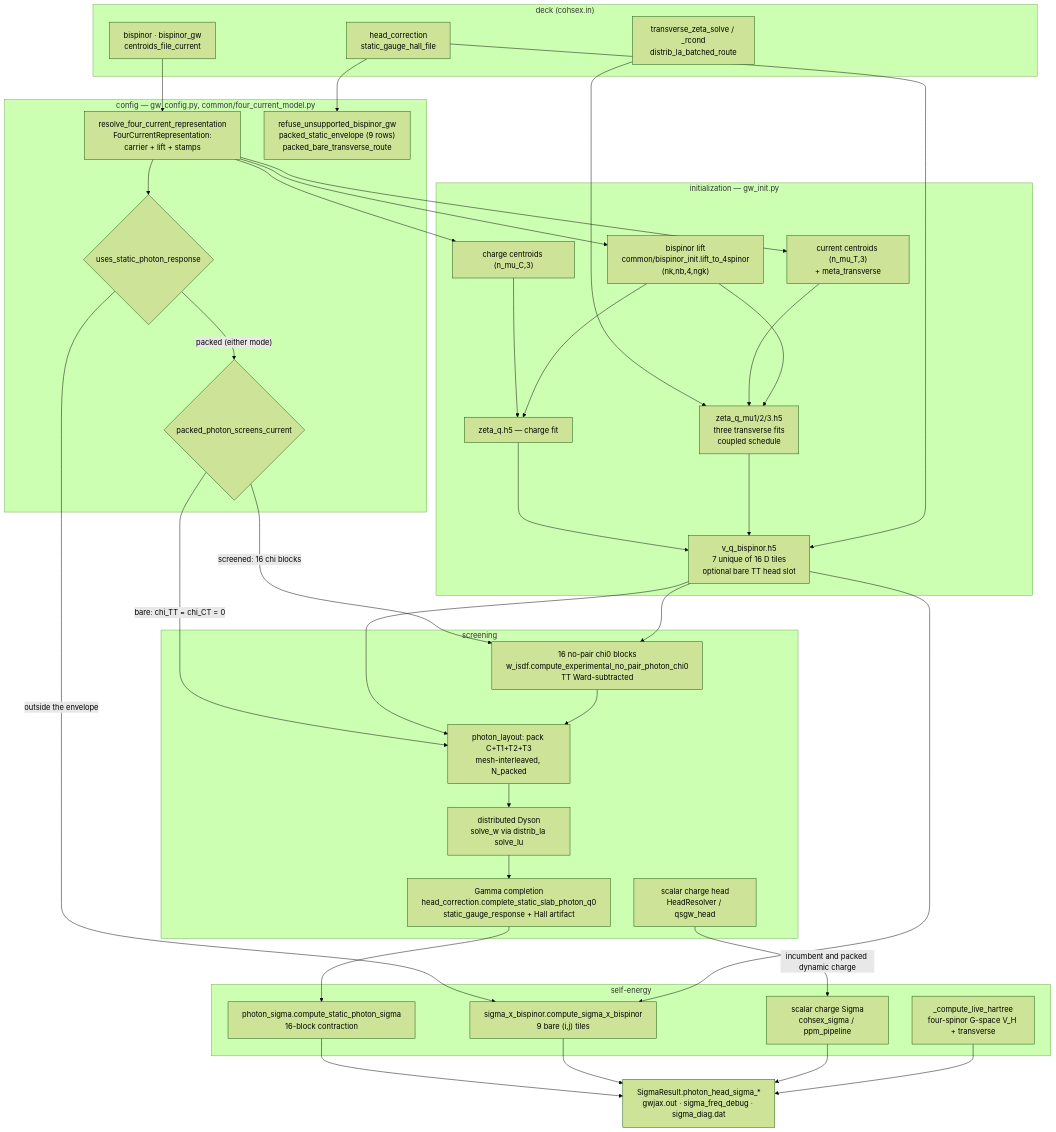
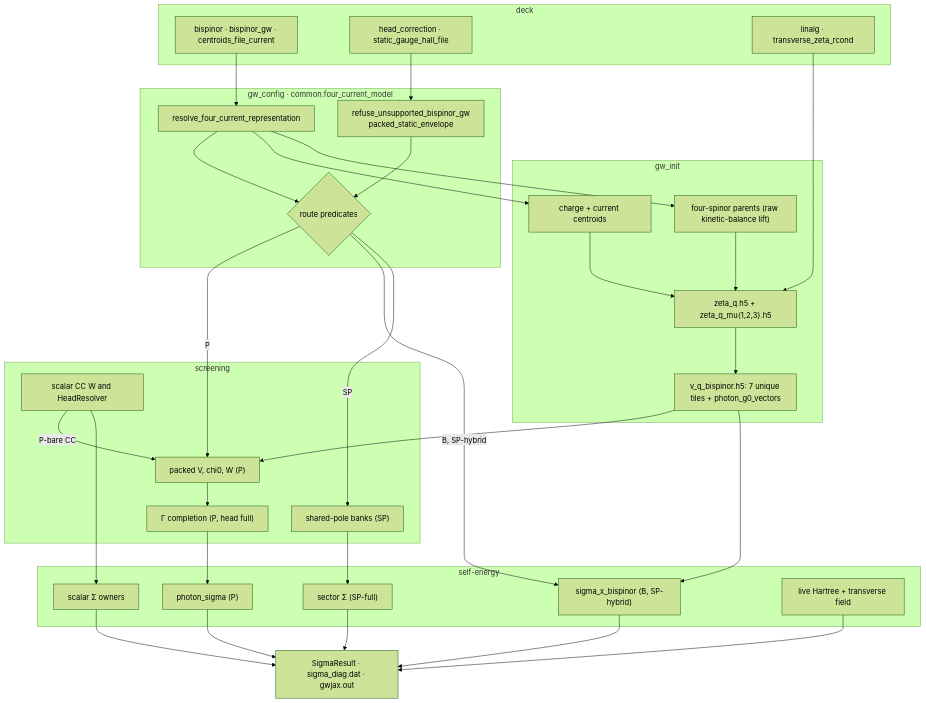
The diagram in docs/architecture/four_current_wiring.md (jackmcarthur/lorrax), drawn with Mermaid (forest theme) before and after one commit. The commit also changed other lines of this file, not shown here.

Commit message:
docs(four_current_wiring): five routes verified at main, compact function contracts; drop line locators, relocated docstring and comment dumps, history

````diff
--- a/docs/architecture/four_current_wiring.md
+++ b/docs/architecture/four_current_wiring.md
@@ -146,72 +78,54 @@
 ```mermaid
 flowchart TD
-  subgraph DECK["deck (cohsex.in)"]
-    K1["bispinor · bispinor_gw<br/>centroids_file_current"]
-    K2["head_correction<br/>static_gauge_hall_file"]
-    K3["transverse_zeta_solve / _rcond<br/>distrib_la_batched_route"]
+  subgraph DECK["deck"]
+    K1["bispinor · bispinor_gw · centroids_file_current"]
+    K2["head_correction · static_gauge_hall_file"]
+    K3["linalg · transverse_zeta_rcond"]
   end
-
-  subgraph CFG["config — gw_config.py, common/four_current_model.py"]
-    R["resolve_four_current_representation<br/>FourCurrentRepresentation:<br/>carrier + lift + stamps"]
-    F{"uses_static_photon_response"}
-    S{"packed_photon_screens_current"}
-    E["refuse_unsupported_bispinor_gw<br/>packed_static_envelope (9 rows)<br/>packed_bare_transverse_route"]
+  subgraph CFG["gw_config · common.four_current_model"]
+    R["resolve_four_current_representation"]
+    E["refuse_unsupported_bispinor_gw<br/>packed_static_envelope"]
+    F{"route predicates"}
   end
-
-  subgraph INIT["initialization — gw_init.py"]
-    C1["charge centroids (n_mu_C,3)"]
-    C2["current centroids (n_mu_T,3)<br/>+ meta_transverse"]
-    L["bispinor lift<br/>common/bispinor_init.lift_to_4spinor<br/>(nk,nb,4,ngk)"]
-    Z0["zeta_q.h5 — charge fit"]
-    ZT["zeta_q_mu1/2/3.h5<br/>three transverse fits<br/>coupled schedule"]
-    VQ["v_q_bispinor.h5<br/>7 unique of 16 D tiles<br/>optional bare TT head slot"]
+  subgraph INIT["gw_init"]
+    C["charge + current centroids"]
+    L["four-spinor parents (raw kinetic-balance lift)"]
+    Z["zeta_q.h5 + zeta_q_mu{1,2,3}.h5"]
+    VQ["v_q_bispinor.h5: 7 unique tiles + photon_g0_vectors"]
   end
-
   subgraph SCR["screening"]
-    CHI["16 no-pair chi0 blocks<br/>w_isdf.compute_experimental_no_pair_photon_chi0<br/>TT Ward-subtracted"]
-    PK["photon_layout: pack C+T1+T2+T3<br/>mesh-interleaved, N_packed"]
-    DY["distributed Dyson<br/>solve_w via distrib_la solve_lu"]
-    HD["Gamma completion<br/>head_correction.complete_static_slab_photon_q0<br/>static_gauge_response + Hall artifact"]
-    SW["scalar charge head<br/>HeadResolver / qsgw_head"]
+    SW["scalar CC W and HeadResolver"]
+    PK["packed V, chi0, W (P)"]
+    HD["Γ completion (P, head full)"]
+    SP["shared-pole banks (SP)"]
   end
-
   subgraph SIG["self-energy"]
-    PS["photon_sigma.compute_static_photon_sigma<br/>16-block contraction"]
-    SB["sigma_x_bispinor.compute_sigma_x_bispinor<br/>9 bare (i,j) tiles"]
-    CS["scalar charge Sigma<br/>cohsex_sigma / ppm_pipeline"]
-    HT["_compute_live_hartree<br/>four-spinor G-space V_H + transverse"]
+    PS["photon_sigma (P)"]
+    SB["sigma_x_bispinor (B, SP-hybrid)"]
+    CS["scalar Σ owners"]
+    SS["sector Σ (SP-full)"]
+    HT["live Hartree + transverse field"]
   end
-
-  OUT["SigmaResult.photon_head_sigma_*<br/>gwjax.out · sigma_freq_debug · sigma_diag.dat"]
-
-  K1 --> R
-  R --> F
+  OUT["SigmaResult · sigma_diag.dat · gwjax.out"]
+  K1 --> R --> F
   K2 --> E
-  K3 --> ZT
-  F -->|"packed (either mode)"| S
-  F -->|"outside the envelope"| SB
-  S -->|"screened: 16 chi blocks"| CHI
-  S -->|"bare: chi_TT = chi_CT = 0"| PK
-  R --> C1
-  R --> C2
-  R --> L
-  C1 --> Z0
-  C2 --> ZT
-  L --> Z0
-  L --> ZT
-  Z0 --> VQ
-  ZT --> VQ
-  K2 --> VQ
-  VQ --> CHI
+  E --> F
+  K3 --> Z
+  R --> C --> Z
+  R --> L --> Z
+  Z --> VQ
+  F -->|P| PK
+  F -->|B, SP-hybrid| SB
+  F -->|SP| SP
+  VQ --> PK
+  SW -->|P-bare CC| PK
+  PK --> HD --> PS
   VQ --> SB
-  VQ --> PK
-  CHI --> PK
-  PK --> DY
-  DY --> HD
-  HD --> PS
-  SW -->|incumbent and packed dynamic charge| CS
+  SW --> CS
+  SP --> SS
   PS --> OUT
   SB --> OUT
   CS --> OUT
+  SS --> OUT
   HT --> OUT
 ```
````
